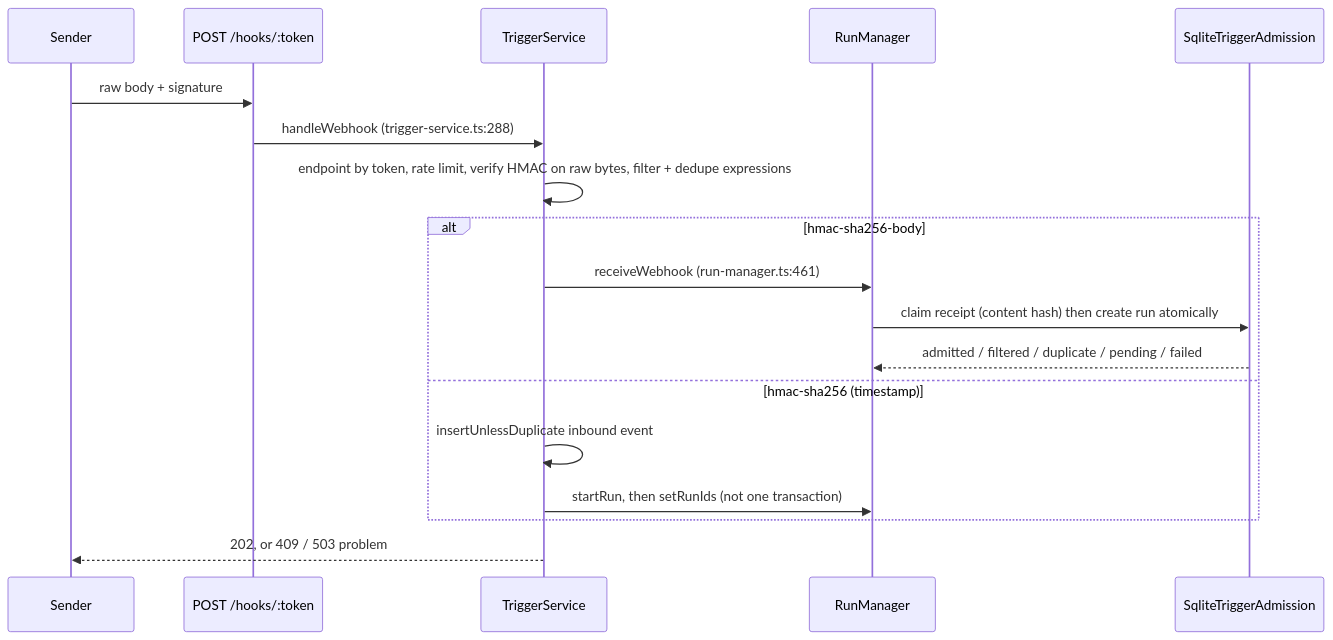
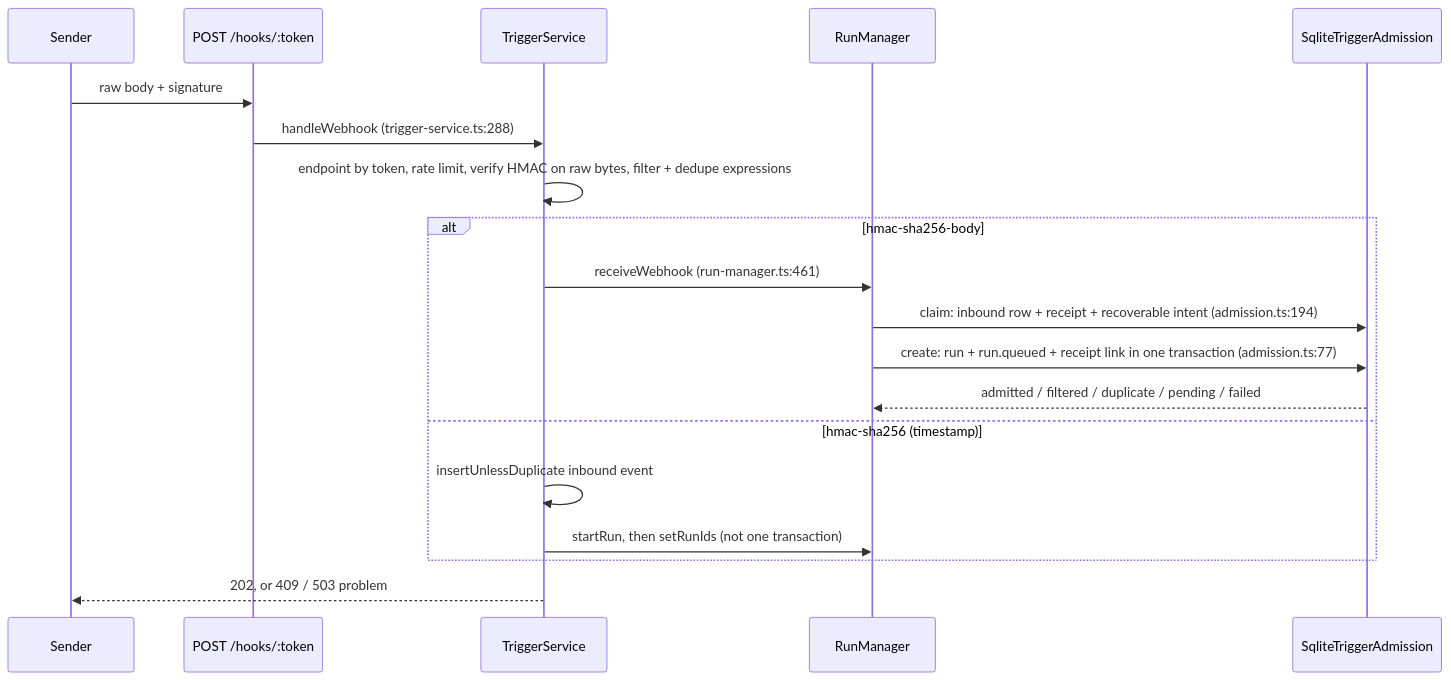
The sixth of 7 diagrams in docs/architecture/README.md (Jacob-J-Thomas/GraphGoblin), drawn with Mermaid before and after one commit. The commit also changed other lines of this file and 1 other file, not shown here.

````diff
--- a/docs/architecture/README.md
+++ b/docs/architecture/README.md
@@ -283,20 +295,21 @@
 ```mermaid
 sequenceDiagram
   participant S as Sender
   participant R as POST /hooks/:token
   participant TS as TriggerService
   participant RM as RunManager
   participant AD as SqliteTriggerAdmission
   S->>R: raw body + signature
   R->>TS: handleWebhook (trigger-service.ts:288)
   TS->>TS: endpoint by token, rate limit, verify HMAC on raw bytes, filter + dedupe expressions
   alt hmac-sha256-body
     TS->>RM: receiveWebhook (run-manager.ts:461)
-    RM->>AD: claim receipt (content hash) then create run atomically
+    RM->>AD: claim: inbound row + receipt + recoverable intent (admission.ts:194)
+    RM->>AD: create: run + run.queued + receipt link in one transaction (admission.ts:77)
     AD-->>RM: admitted / filtered / duplicate / pending / failed
   else hmac-sha256 (timestamp)
     TS->>TS: insertUnlessDuplicate inbound event
     TS->>RM: startRun, then setRunIds (not one transaction)
   end
   TS-->>S: 202, or 409 / 503 problem
 ```
````
